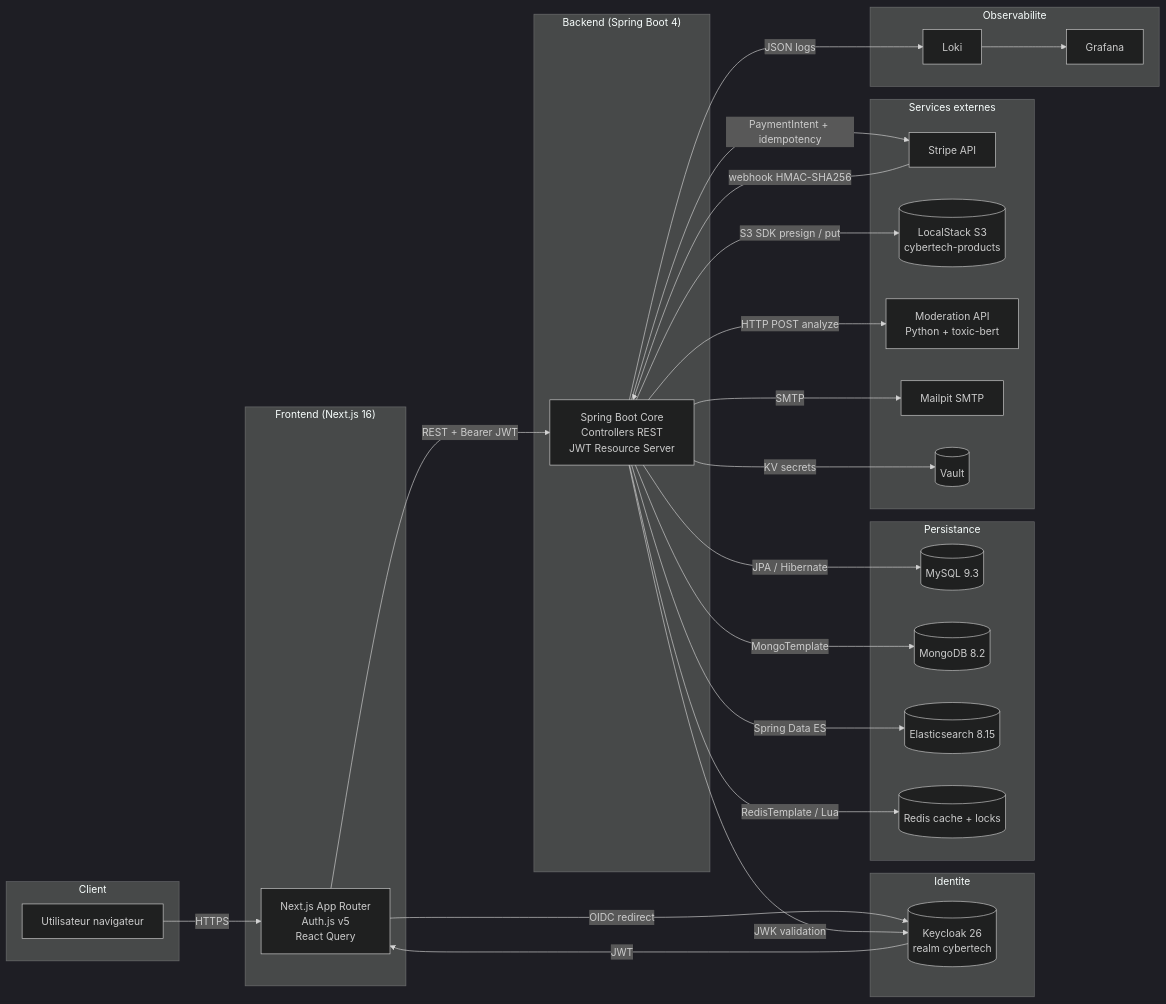
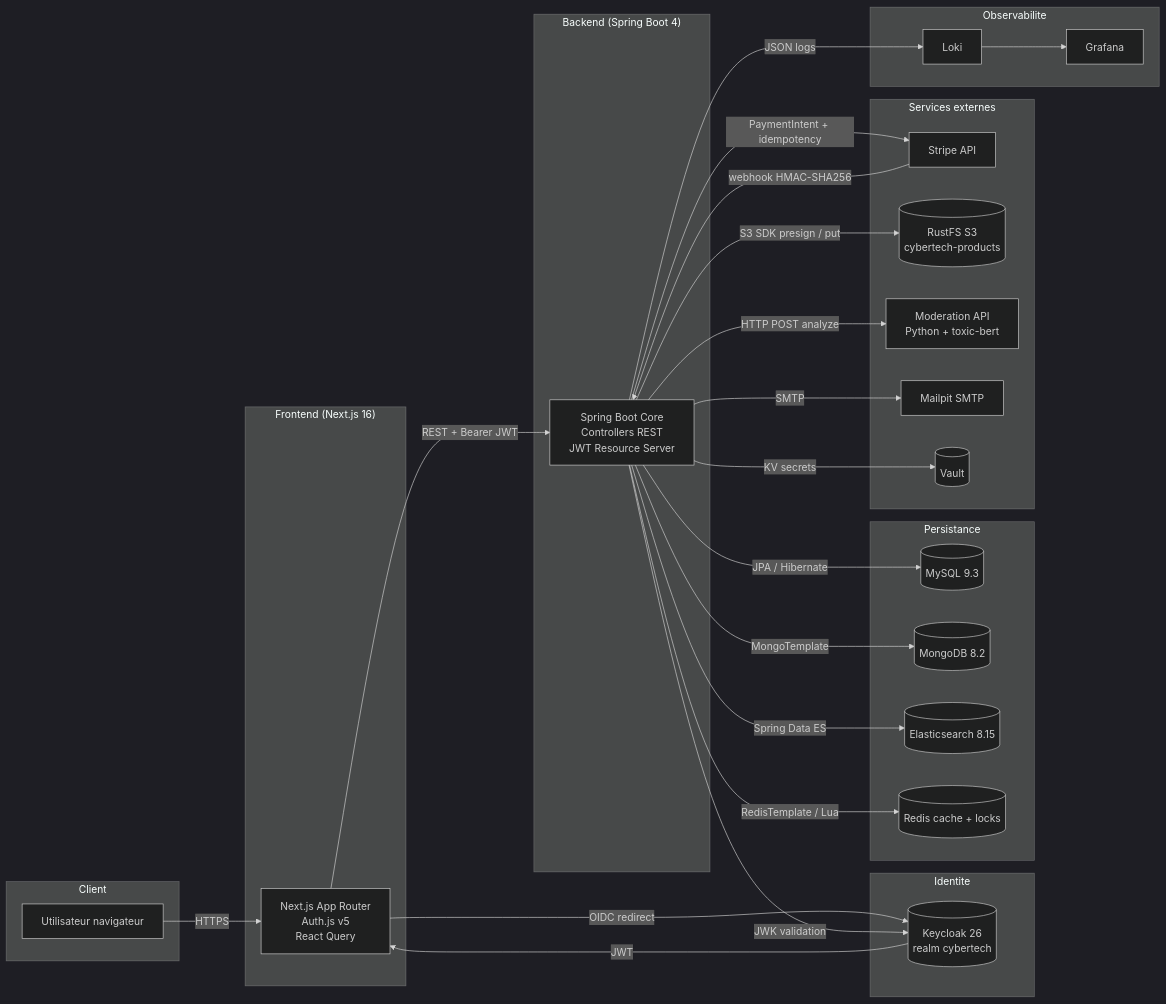
Before and after one commit to ZETROV93XB47/cybertech-Ecommerce: the first of 9 diagrams in readme.md, drawn with Mermaid (dark theme). The commit also changed other lines of this file and 27 other files, not shown here.

````diff
--- a/readme.md
+++ b/readme.md
@@ -139,59 +139,59 @@
 ```mermaid
 flowchart LR
     subgraph Client
         U[Utilisateur navigateur]
     end
 
     subgraph Frontend["Frontend (Next.js 16)"]
         FE[Next.js App Router<br/>Auth.js v5<br/>React Query]
     end
 
     subgraph Auth["Identite"]
         KC[(Keycloak 26<br/>realm cybertech)]
     end
 
     subgraph Backend["Backend (Spring Boot 4)"]
         API[Spring Boot Core<br/>Controllers REST<br/>JWT Resource Server]
     end
 
     subgraph Data["Persistance"]
         MY[(MySQL 9.3)]
         MG[(MongoDB 8.2)]
         ES[(Elasticsearch 8.15)]
         RD[(Redis cache + locks)]
     end
 
     subgraph External["Services externes"]
         ST[Stripe API]
-        S3[(LocalStack S3<br/>cybertech-products)]
+        S3[(RustFS S3<br/>cybertech-products)]
         MD[Moderation API<br/>Python + toxic-bert]
         MP[Mailpit SMTP]
         VL[(Vault)]
     end
 
     subgraph Observability["Observabilite"]
         LK[Loki]
         GF[Grafana]
     end
 
     U -->|HTTPS| FE
     FE -->|OIDC redirect| KC
     KC -->|JWT| FE
     FE -->|REST + Bearer JWT| API
     API -->|JWK validation| KC
 
     API -->|JPA / Hibernate| MY
     API -->|MongoTemplate| MG
     API -->|Spring Data ES| ES
     API -->|RedisTemplate / Lua| RD
 
     API -->|PaymentIntent + idempotency| ST
     ST -->|webhook HMAC-SHA256| API
     API -->|S3 SDK presign / put| S3
     API -->|HTTP POST analyze| MD
     API -->|SMTP| MP
     API -->|KV secrets| VL
 
     API -->|JSON logs| LK
     LK --> GF
 ```
````
